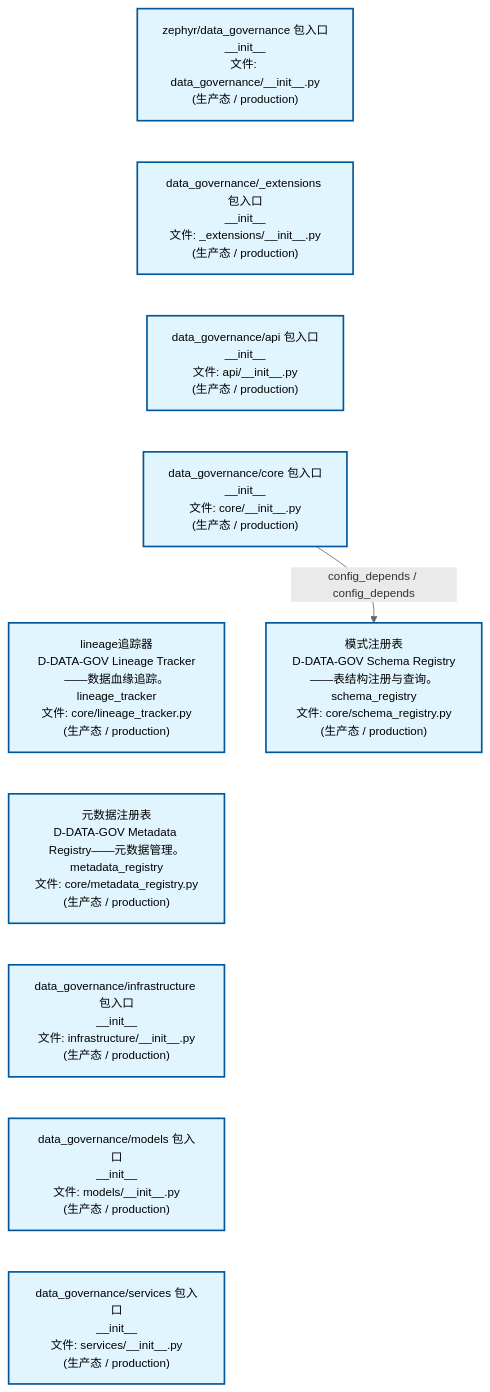
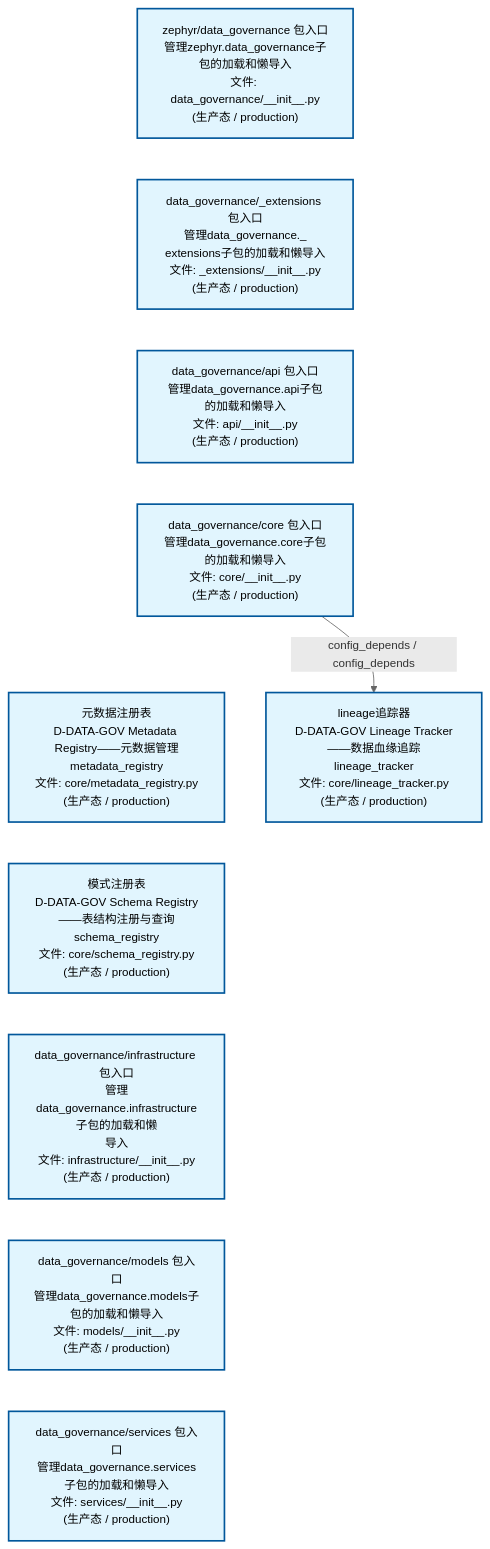
The second of 2 diagrams in docs/02_enterprise_architecture/02_domain_architecture_docs/13_d_data_gov.md (xuanFelixVan/ZephyrAlpha), drawn with Mermaid before and after one commit. The commit also changed other lines of this file and 62 other files, not shown here.

````diff
--- a/docs/02_enterprise_architecture/02_domain_architecture_docs/13_d_data_gov.md
+++ b/docs/02_enterprise_architecture/02_domain_architecture_docs/13_d_data_gov.md
@@ -86,28 +86,28 @@
 ```mermaid
 %%{init: {'theme': 'base', 'themeVariables': {'primaryColor': '#eaeaea', 'primaryTextColor': '#333333', 'primaryBorderColor': '#666666', 'lineColor': '#666666', 'secondaryColor': '#eaeaea', 'tertiaryColor': '#eaeaea', 'fontSize': '14px'}}}%%
 flowchart TD
-    src_zephyr_data_governance_init_py["zephyr/data_governance 包入口<br/>__init__<br/>文件: data_governance/__init__.py<br/>(生产态 / production)"]
-    src_zephyr_data_governance_extensions_init_py["data_governance/_extensions 包入口<br/>__init__<br/>文件: _extensions/__init__.py<br/>(生产态 / production)"]
-    src_zephyr_data_governance_api_init_py["data_governance/api 包入口<br/>__init__<br/>文件: api/__init__.py<br/>(生产态 / production)"]
-    src_zephyr_data_governance_core_init_py["data_governance/core 包入口<br/>__init__<br/>文件: core/__init__.py<br/>(生产态 / production)"]
-    src_zephyr_data_governance_core_lineage_tracker_py["lineage追踪器<br/>D-DATA-GOV Lineage Tracker——数据血缘追踪。<br/>lineage_tracker<br/>文件: core/lineage_tracker.py<br/>(生产态 / production)"]
-    src_zephyr_data_governance_core_metadata_registry_py["元数据注册表<br/>D-DATA-GOV Metadata Registry——元数据管理。<br/>metadata_registry<br/>文件: core/metadata_registry.py<br/>(生产态 / production)"]
-    src_zephyr_data_governance_infrastructure_init_py["data_governance/infrastructure 包入口<br/>__init__<br/>文件: infrastructure/__init__.py<br/>(生产态 / production)"]
-    src_zephyr_data_governance_models_init_py["data_governance/models 包入口<br/>__init__<br/>文件: models/__init__.py<br/>(生产态 / production)"]
-    src_zephyr_data_governance_services_init_py["data_governance/services 包入口<br/>__init__<br/>文件: services/__init__.py<br/>(生产态 / production)"]
+    src_zephyr_data_governance_init_py["zephyr/data_governance 包入口<br/>管理zephyr.data_governance子包的加载和懒导入<br/>文件: data_governance/__init__.py<br/>(生产态 / production)"]
+    src_zephyr_data_governance_extensions_init_py["data_governance/_extensions 包入口<br/>管理data_governance._<br/>extensions子包的加载和懒导入<br/>文件: _extensions/__init__.py<br/>(生产态 / production)"]
+    src_zephyr_data_governance_api_init_py["data_governance/api 包入口<br/>管理data_governance.api子包的加载和懒导入<br/>文件: api/__init__.py<br/>(生产态 / production)"]
+    src_zephyr_data_governance_core_init_py["data_governance/core 包入口<br/>管理data_governance.core子包的加载和懒导入<br/>文件: core/__init__.py<br/>(生产态 / production)"]
+    src_zephyr_data_governance_core_metadata_registry_py["元数据注册表<br/>D-DATA-GOV Metadata Registry——元数据管理<br/>metadata_registry<br/>文件: core/metadata_registry.py<br/>(生产态 / production)"]
+    src_zephyr_data_governance_core_schema_registry_py["模式注册表<br/>D-DATA-GOV Schema Registry——表结构注册与查询<br/>schema_registry<br/>文件: core/schema_registry.py<br/>(生产态 / production)"]
+    src_zephyr_data_governance_infrastructure_init_py["data_governance/infrastructure 包入口<br/>管理data_governance.infrastructure子包的加载和懒<br/>导入<br/>文件: infrastructure/__init__.py<br/>(生产态 / production)"]
+    src_zephyr_data_governance_models_init_py["data_governance/models 包入口<br/>管理data_governance.models子包的加载和懒导入<br/>文件: models/__init__.py<br/>(生产态 / production)"]
+    src_zephyr_data_governance_services_init_py["data_governance/services 包入口<br/>管理data_governance.services子包的加载和懒导入<br/>文件: services/__init__.py<br/>(生产态 / production)"]
     src_zephyr_data_governance_init_py ~~~ src_zephyr_data_governance_extensions_init_py
     src_zephyr_data_governance_extensions_init_py ~~~ src_zephyr_data_governance_api_init_py
     src_zephyr_data_governance_api_init_py ~~~ src_zephyr_data_governance_core_init_py
-    src_zephyr_data_governance_core_init_py ~~~ src_zephyr_data_governance_core_lineage_tracker_py
-    src_zephyr_data_governance_core_lineage_tracker_py ~~~ src_zephyr_data_governance_core_metadata_registry_py
-    src_zephyr_data_governance_core_metadata_registry_py ~~~ src_zephyr_data_governance_infrastructure_init_py
+    src_zephyr_data_governance_core_init_py ~~~ src_zephyr_data_governance_core_metadata_registry_py
+    src_zephyr_data_governance_core_metadata_registry_py ~~~ src_zephyr_data_governance_core_schema_registry_py
+    src_zephyr_data_governance_core_schema_registry_py ~~~ src_zephyr_data_governance_infrastructure_init_py
     src_zephyr_data_governance_infrastructure_init_py ~~~ src_zephyr_data_governance_models_init_py
     src_zephyr_data_governance_models_init_py ~~~ src_zephyr_data_governance_services_init_py
-    src_zephyr_data_governance_core_schema_registry_py["模式注册表<br/>D-DATA-GOV Schema Registry——表结构注册与查询。<br/>schema_registry<br/>文件: core/schema_registry.py<br/>(生产态 / production)"]
-    src_zephyr_data_governance_core_init_py -->|config_depends / config_depends| src_zephyr_data_governance_core_schema_registry_py
+    src_zephyr_data_governance_core_lineage_tracker_py["lineage追踪器<br/>D-DATA-GOV Lineage Tracker——数据血缘追踪<br/>lineage_tracker<br/>文件: core/lineage_tracker.py<br/>(生产态 / production)"]
+    src_zephyr_data_governance_core_init_py -->|config_depends / config_depends| src_zephyr_data_governance_core_lineage_tracker_py
     classDef production fill:#e1f5fe,stroke:#01579b,stroke-width:2px,color:#000
     classDef design fill:#fff3e0,stroke:#e65100,stroke-width:2px,color:#000,stroke-dasharray: 5 5
     classDef external_prod fill:#e8f4fd,stroke:#0277bd,stroke-width:1px,color:#000
     classDef external_design fill:#fff8e7,stroke:#ef6c00,stroke-width:1px,color:#000,stroke-dasharray: 5 5
     class src_zephyr_data_governance_init_py,src_zephyr_data_governance_extensions_init_py,src_zephyr_data_governance_api_init_py,src_zephyr_data_governance_core_init_py,src_zephyr_data_governance_core_lineage_tracker_py,src_zephyr_data_governance_core_metadata_registry_py,src_zephyr_data_governance_core_schema_registry_py,src_zephyr_data_governance_infrastructure_init_py,src_zephyr_data_governance_models_init_py,src_zephyr_data_governance_services_init_py production
 ```
````
